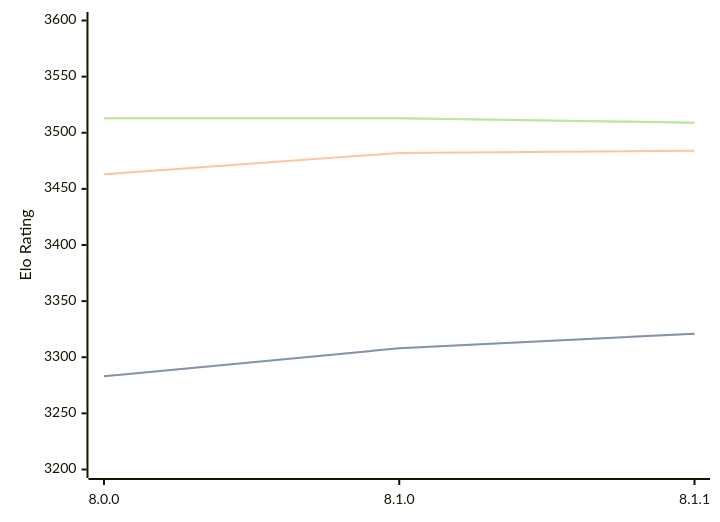
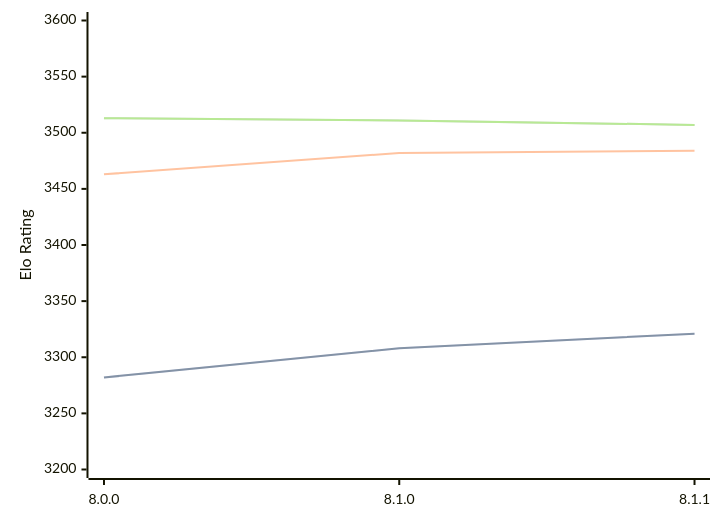
One commit to computer-chess-index/cci changed the diagram in engines/Velvet.md. Above: the diagram before and after it, drawn with Mermaid. The commit also changed other lines of this file, not shown here.

Commit message:
Update CCI Ratings (ELO VLTC) - 2026-03-07

````diff
--- a/engines/Velvet.md
+++ b/engines/Velvet.md
@@ -55,11 +55,11 @@
 ```mermaid
 %%{init: {"theme":"base","themeVariables":{"seriesColors:['#a3a3a3','#222221','#faa371']}}}%%
 xychart-beta
   x-axis ["8.0.0", "8.1.0", "8.1.1"]
   y-axis "Elo Rating" 3200 --> 3600
-  line "STC (8.0+0.08s)" [3283, 3308, 3321]
-  line "STC (8.0+0.08s)" [3283, 3308, 3321]
+  line "STC (8.0+0.08s)" [3282, 3308, 3321]
+  line "STC (8.0+0.08s)" [3282, 3308, 3321]
   line "LTC (60.0+0.60s)" [3463, 3482, 3484]
-  line "VLTC (2m24s+1.12s)" [3513, 3513, 3509]
-  line "VLTC (2m24s+1.12s)" [3513, 3513, 3509]
+  line "VLTC (2m24s+1.12s)" [3513, 3511, 3507]
+  line "VLTC (2m24s+1.12s)" [3513, 3511, 3507]
 ```
````
